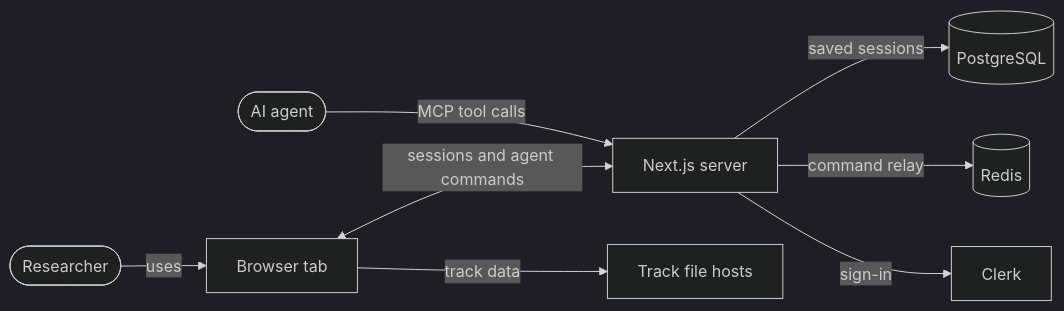
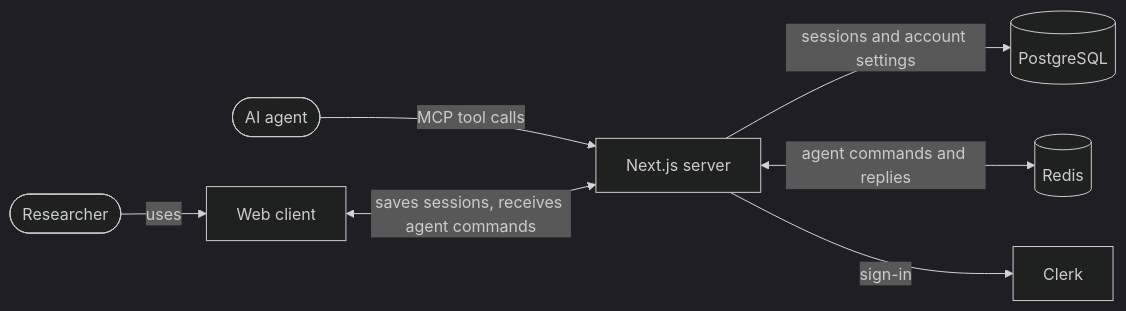
The diagram in apps/web/README.md (weng-lab/genomebrowser), drawn with Mermaid (dark theme) before and after one commit. The commit also changed other lines of this file, not shown here.

Commit message:
Clarify the web client and Redis in the system diagram

````diff
--- a/apps/web/README.md
+++ b/apps/web/README.md
@@ -5,10 +5,9 @@
 ```mermaid
 flowchart LR
-  User([Researcher]) -->|uses| Tab[Browser tab]
+  User([Researcher]) -->|uses| Client[Web client]
   Agent([AI agent]) -->|MCP tool calls| Server[Next.js server]
-  Tab <-->|sessions and agent commands| Server
-  Tab -->|track data| Files[Track file hosts]
-  Server -->|saved sessions| Postgres[(PostgreSQL)]
-  Server -->|command relay| Redis[(Redis)]
+  Client <-->|saves sessions, receives agent commands| Server
+  Server -->|sessions and account settings| Postgres[(PostgreSQL)]
+  Server <-->|agent commands and replies| Redis[(Redis)]
   Server -->|sign-in| Clerk[Clerk]
 ```
````
